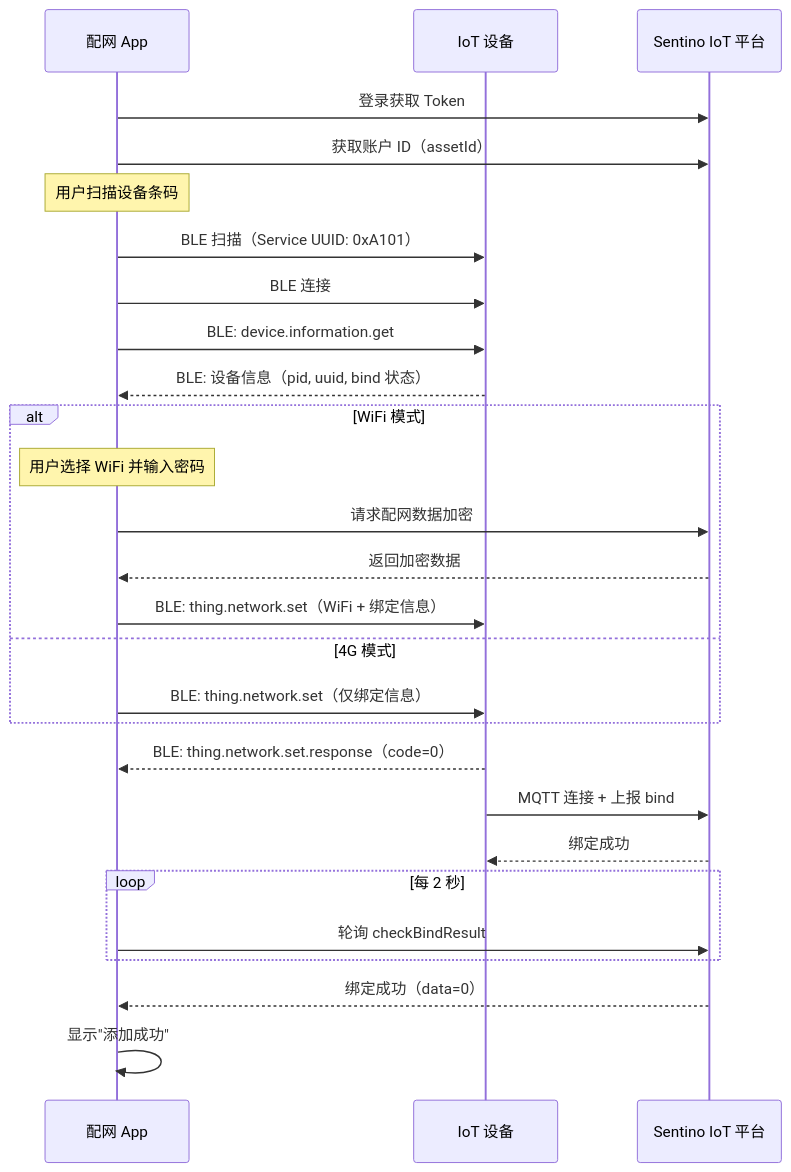
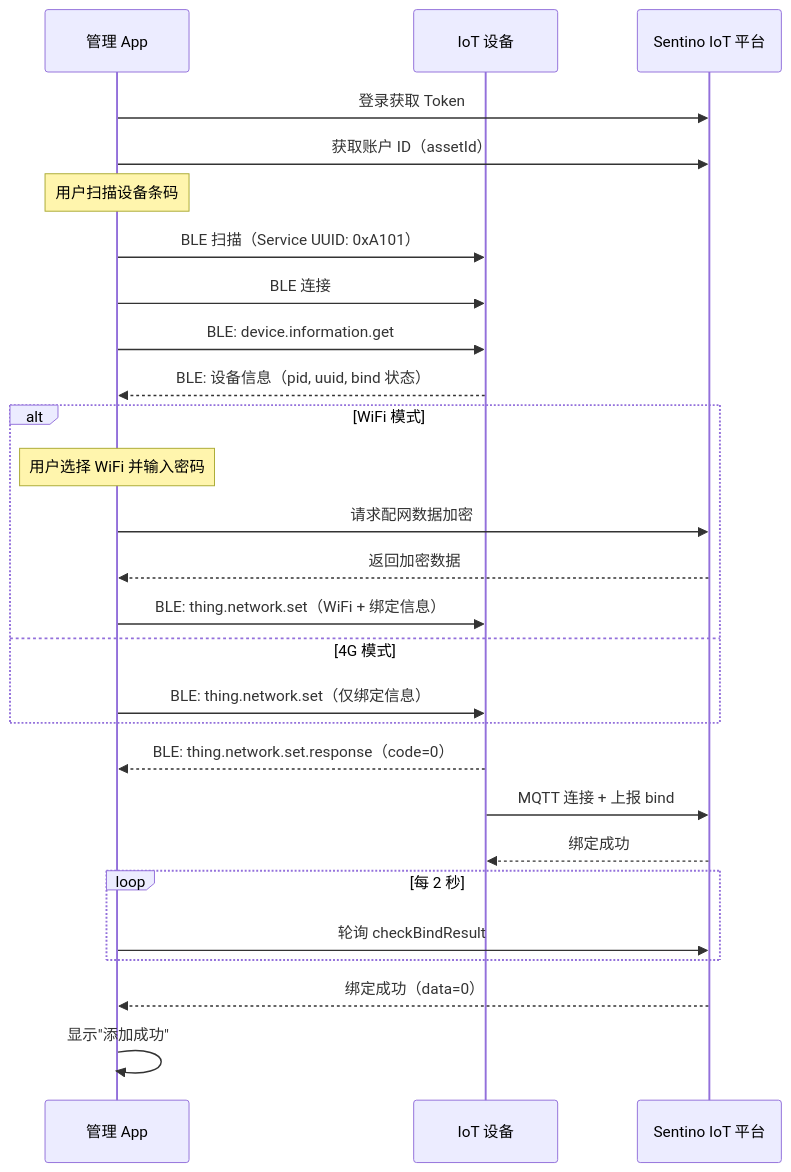
One commit to sentino-jp/iot-docs changed the third of 4 diagrams in guide-app.md. Above: the diagram before and after it, drawn with Mermaid. The commit also changed 6 other files, not shown here.

````diff
--- a/guide-app.md
+++ b/guide-app.md
@@ -315,35 +315,35 @@
 ```mermaid
 sequenceDiagram
-    participant App as 配网 App
+    participant App as 管理 App
     participant Device as IoT 设备
     participant Cloud as Sentino IoT 平台
 
     App->>Cloud: 登录获取 Token
     App->>Cloud: 获取账户 ID（assetId）
     Note over App: 用户扫描设备条码
 
     App->>Device: BLE 扫描（Service UUID: 0xA101）
     App->>Device: BLE 连接
     App->>Device: BLE: device.information.get
     Device-->>App: BLE: 设备信息（pid, uuid, bind 状态）
 
     alt WiFi 模式
         Note over App: 用户选择 WiFi 并输入密码
         App->>Cloud: 请求配网数据加密
         Cloud-->>App: 返回加密数据
         App->>Device: BLE: thing.network.set（WiFi + 绑定信息）
     else 4G 模式
         App->>Device: BLE: thing.network.set（仅绑定信息）
     end
 
     Device-->>App: BLE: thing.network.set.response（code=0）
 
     Device->>Cloud: MQTT 连接 + 上报 bind
     Cloud-->>Device: 绑定成功
 
     loop 每 2 秒
         App->>Cloud: 轮询 checkBindResult
     end
     Cloud-->>App: 绑定成功（data=0）
     App->>App: 显示"添加成功"
 ```
````
